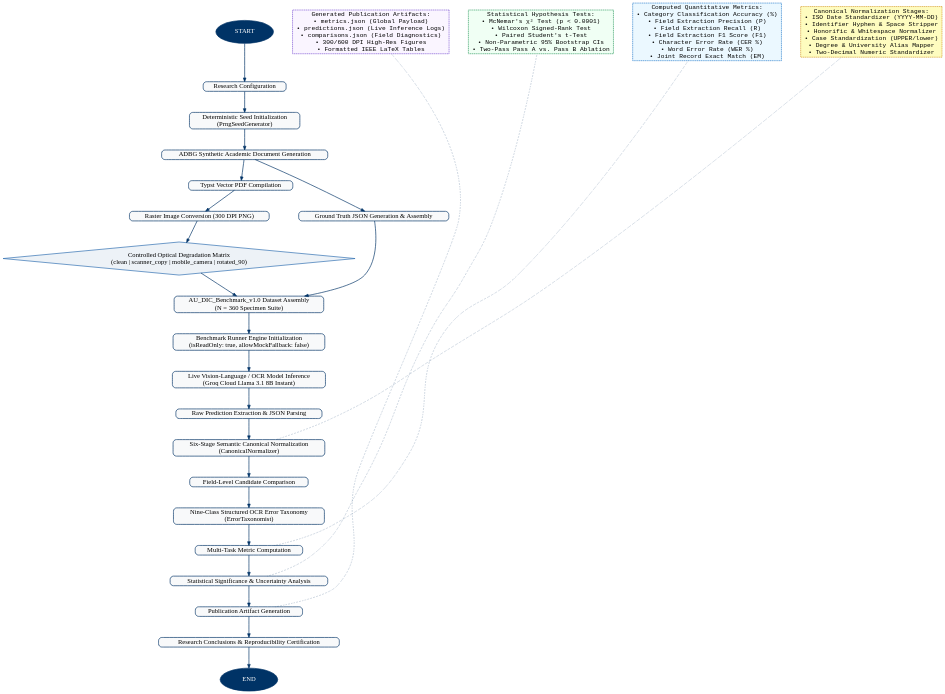
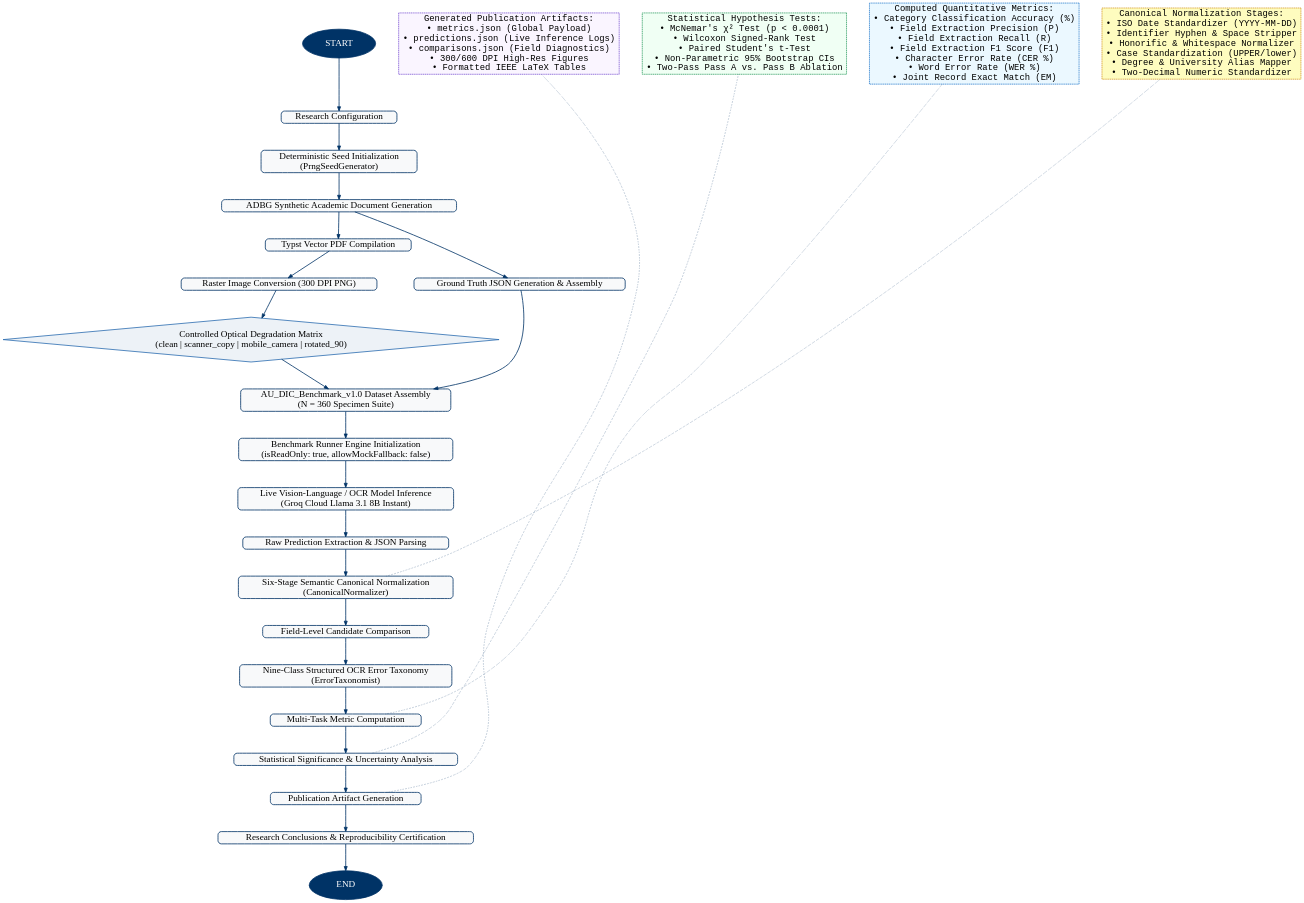
Before and after one commit to aashishrajput9838/academicuniverse: the diagram in methodology_workflow.dot, drawn with Graphviz. The commit also changed 6 other files, not shown here.

First line of the commit message:
style(figure2): Boost Figure 2 text sizes by another +10 points (Total +25pt boost from baseline)

```diff
--- a/methodology_workflow.dot
+++ b/methodology_workflow.dot
@@ -1,54 +1,54 @@
 digraph G {
-    graph [rankdir=TB, nodesep=1.0, ranksep=1.1, fontname="Times-Roman", fontsize=26, compound=true];
-    node [shape=box, style="rounded,filled", fillcolor="#F8F9FA", color="#003366", penwidth=2.5, fontname="Times-Roman", fontsize=24.5];
-    edge [color="#003366", penwidth=2.5, arrowsize=1.4];
+    graph [rankdir=TB, nodesep=1.2, ranksep=1.4, fontname="Times-Roman", fontsize=36, compound=true];
+    node [shape=box, style="rounded,filled", fillcolor="#F8F9FA", color="#003366", penwidth=3.0, fontname="Times-Roman", fontsize=34.5];
+    edge [color="#003366", penwidth=3.0, arrowsize=1.6];
 
     // Start / End nodes
-    start [label="START", shape=oval, fillcolor="#003366", fontcolor="#FFFFFF", style=filled, width=3.0, height=1.2];
-    end [label="END", shape=oval, fillcolor="#003366", fontcolor="#FFFFFF", style=filled, width=3.0, height=1.2];
+    start [label="START", shape=oval, fillcolor="#003366", fontcolor="#FFFFFF", style=filled, width=3.8, height=1.5];
+    end [label="END", shape=oval, fillcolor="#003366", fontcolor="#FFFFFF", style=filled, width=3.8, height=1.5];
 
     // Main Workflow Nodes
     config [label="Research Configuration"];
     seed [label="Deterministic Seed Initialization\n(PrngSeedGenerator)"];
     adbg [label="ADBG Synthetic Academic Document Generation"];
     typst [label="Typst Vector PDF Compilation"];
     gt_json [label="Ground Truth JSON Generation & Assembly"];
     raster [label="Raster Image Conversion (300 DPI PNG)"];
     
     degradation [label="Controlled Optical Degradation Matrix\n(clean | scanner_copy | mobile_camera | rotated_90)", shape=diamond, style=filled, fillcolor="#EDF2F7", color="#2B6CB0"];
     
     dataset [label="AU_DIC_Benchmark_v1.0 Dataset Assembly\n(N = 360 Specimen Suite)"];
     runner [label="Benchmark Runner Engine Initialization\n(isReadOnly: true, allowMockFallback: false)"];
     inference [label="Live Vision-Language / OCR Model Inference\n(Groq Cloud Llama 3.1 8B Instant)"];
     prediction [label="Raw Prediction Extraction & JSON Parsing"];
     normalizer [label="Six-Stage Semantic Canonical Normalization\n(CanonicalNormalizer)"];
     comparator [label="Field-Level Candidate Comparison"];
     taxonomy [label="Nine-Class Structured OCR Error Taxonomy\n(ErrorTaxonomist)"];
     metrics [label="Multi-Task Metric Computation"];
     stats [label="Statistical Significance & Uncertainty Analysis"];
     artifacts [label="Publication Artifact Generation"];
     conclusions [label="Research Conclusions & Reproducibility Certification"];
 
     // Callout / Annotation Boxes
-    norm_callout [label="Canonical Normalization Stages:\n• ISO Date Standardizer (YYYY-MM-DD)\n• Identifier Hyphen & Space Stripper\n• Honorific & Whitespace Normalizer\n• Case Standardization (UPPER/lower)\n• Degree & University Alias Mapper\n• Two-Decimal Numeric Standardizer", shape=box, style="dashed,filled", fillcolor="#FEFCBF", color="#D69E2E", fontname="Courier", fontsize=23.2];
+    norm_callout [label="Canonical Normalization Stages:\n• ISO Date Standardizer (YYYY-MM-DD)\n• Identifier Hyphen & Space Stripper\n• Honorific & Whitespace Normalizer\n• Case Standardization (UPPER/lower)\n• Degree & University Alias Mapper\n• Two-Decimal Numeric Standardizer", shape=box, style="dashed,filled", fillcolor="#FEFCBF", color="#D69E2E", fontname="Courier", fontsize=33.2];
     
-    metric_callout [label="Computed Quantitative Metrics:\n• Category Classification Accuracy (%)\n• Field Extraction Precision (P)\n• Field Extraction Recall (R)\n• Field Extraction F1 Score (F1)\n• Character Error Rate (CER %)\n• Word Error Rate (WER %)\n• Joint Record Exact Match (EM)", shape=box, style="dashed,filled", fillcolor="#EBF8FF", color="#3182CE", fontname="Courier", fontsize=23.2];
+    metric_callout [label="Computed Quantitative Metrics:\n• Category Classification Accuracy (%)\n• Field Extraction Precision (P)\n• Field Extraction Recall (R)\n• Field Extraction F1 Score (F1)\n• Character Error Rate (CER %)\n• Word Error Rate (WER %)\n• Joint Record Exact Match (EM)", shape=box, style="dashed,filled", fillcolor="#EBF8FF", color="#3182CE", fontname="Courier", fontsize=33.2];
     
-    stats_callout [label="Statistical Hypothesis Tests:\n• McNemar's χ² Test (p < 0.0001)\n• Wilcoxon Signed-Rank Test\n• Paired Student's t-Test\n• Non-Parametric 95% Bootstrap CIs\n• Two-Pass Pass A vs. Pass B Ablation", shape=box, style="dashed,filled", fillcolor="#F0FFF4", color="#38A169", fontname="Courier", fontsize=23.2];
+    stats_callout [label="Statistical Hypothesis Tests:\n• McNemar's χ² Test (p < 0.0001)\n• Wilcoxon Signed-Rank Test\n• Paired Student's t-Test\n• Non-Parametric 95% Bootstrap CIs\n• Two-Pass Pass A vs. Pass B Ablation", shape=box, style="dashed,filled", fillcolor="#F0FFF4", color="#38A169", fontname="Courier", fontsize=33.2];
 
-    artifact_callout [label="Generated Publication Artifacts:\n• metrics.json (Global Payload)\n• predictions.json (Live Inference Logs)\n• comparisons.json (Field Diagnostics)\n• 300/600 DPI High-Res Figures\n• Formatted IEEE LaTeX Tables", shape=box, style="dashed,filled", fillcolor="#FAF5FF", color="#805AD5", fontname="Courier", fontsize=23.2];
+    artifact_callout [label="Generated Publication Artifacts:\n• metrics.json (Global Payload)\n• predictions.json (Live Inference Logs)\n• comparisons.json (Field Diagnostics)\n• 300/600 DPI High-Res Figures\n• Formatted IEEE LaTeX Tables", shape=box, style="dashed,filled", fillcolor="#FAF5FF", color="#805AD5", fontname="Courier", fontsize=33.2];
 
     // Sequential Flow Connections
     start -> config -> seed -> adbg;
     adbg -> typst;
     adbg -> gt_json;
     typst -> raster -> degradation;
     gt_json -> dataset;
     degradation -> dataset -> runner -> inference -> prediction -> normalizer -> comparator -> taxonomy -> metrics -> stats -> artifacts -> conclusions -> end;
 
     // Callout Dotted Connections
     normalizer -> norm_callout [style=dotted, arrowhead=none, constraint=false];
     metrics -> metric_callout [style=dotted, arrowhead=none, constraint=false];
     stats -> stats_callout [style=dotted, arrowhead=none, constraint=false];
     artifacts -> artifact_callout [style=dotted, arrowhead=none, constraint=false];
 }
```
